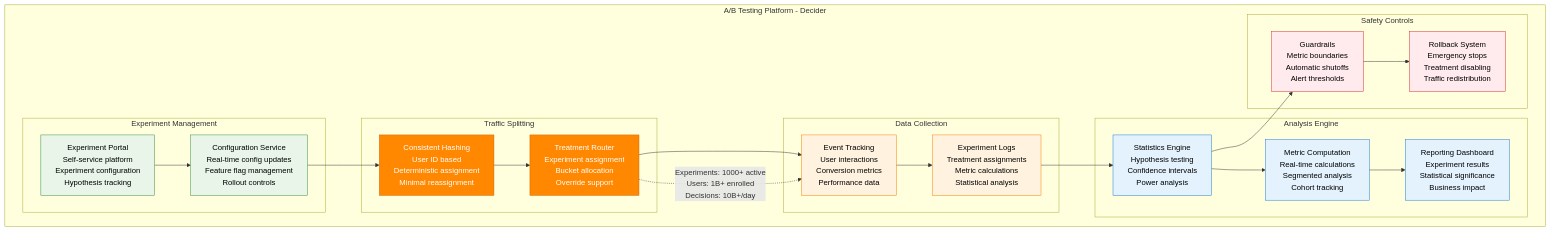
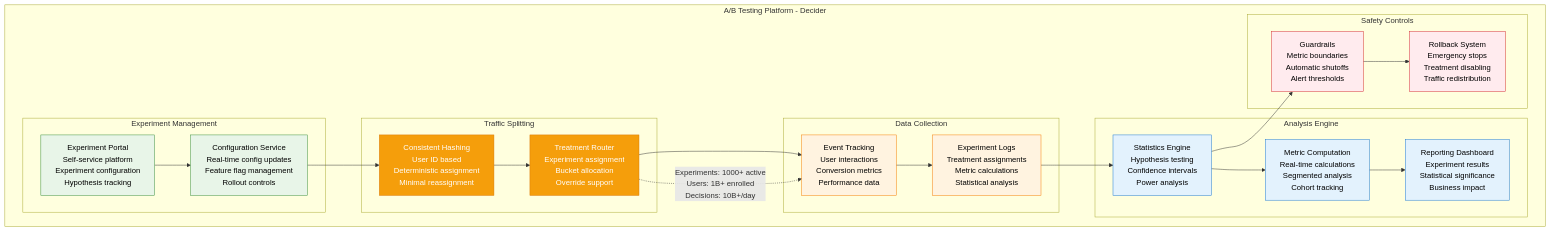
Before and after one commit to deepaucksharma/DS: the third of 7 diagrams in site/docs/systems/linkedin/production-operations.md, drawn with Mermaid. The commit also changed other lines of this file and 303 other files, not shown here.

````diff
--- a/site/docs/systems/linkedin/production-operations.md
+++ b/site/docs/systems/linkedin/production-operations.md
@@ -134,59 +134,59 @@
 ```mermaid
 graph TB
     subgraph ABTestingPlatform[A/B Testing Platform - Decider]
         subgraph ExperimentManagement[Experiment Management]
             EXP_PORTAL[Experiment Portal<br/>Self-service platform<br/>Experiment configuration<br/>Hypothesis tracking]
             EXP_CONFIG[Configuration Service<br/>Real-time config updates<br/>Feature flag management<br/>Rollout controls]
         end
 
         subgraph TrafficSplitting[Traffic Splitting]
             HASH_RING[Consistent Hashing<br/>User ID based<br/>Deterministic assignment<br/>Minimal reassignment]
             TREATMENT_ROUTER[Treatment Router<br/>Experiment assignment<br/>Bucket allocation<br/>Override support]
         end
 
         subgraph DataCollection[Data Collection]
             EVENT_TRACKING[Event Tracking<br/>User interactions<br/>Conversion metrics<br/>Performance data]
             EXPERIMENT_LOGS[Experiment Logs<br/>Treatment assignments<br/>Metric calculations<br/>Statistical analysis]
         end
 
         subgraph AnalysisEngine[Analysis Engine]
             STATS_ENGINE[Statistics Engine<br/>Hypothesis testing<br/>Confidence intervals<br/>Power analysis]
             METRIC_COMPUTATION[Metric Computation<br/>Real-time calculations<br/>Segmented analysis<br/>Cohort tracking]
             REPORTING[Reporting Dashboard<br/>Experiment results<br/>Statistical significance<br/>Business impact]
         end
 
         subgraph SafetyControls[Safety Controls]
             GUARDRAILS[Guardrails<br/>Metric boundaries<br/>Automatic shutoffs<br/>Alert thresholds]
             ROLLBACK[Rollback System<br/>Emergency stops<br/>Treatment disabling<br/>Traffic redistribution]
         end
     end
 
     EXP_PORTAL --> EXP_CONFIG
     EXP_CONFIG --> HASH_RING
     HASH_RING --> TREATMENT_ROUTER
 
     TREATMENT_ROUTER --> EVENT_TRACKING
     EVENT_TRACKING --> EXPERIMENT_LOGS
 
     EXPERIMENT_LOGS --> STATS_ENGINE
     STATS_ENGINE --> METRIC_COMPUTATION
     METRIC_COMPUTATION --> REPORTING
 
     STATS_ENGINE --> GUARDRAILS
     GUARDRAILS --> ROLLBACK
 
     %% A/B testing scale
     TREATMENT_ROUTER -.->|"Experiments: 1000+ active<br/>Users: 1B+ enrolled<br/>Decisions: 10B+/day"| EVENT_TRACKING
 
     classDef managementStyle fill:#E8F5E8,stroke:#388E3C,color:#000
-    classDef splittingStyle fill:#FF8800,stroke:#CC6600,color:#fff
+    classDef splittingStyle fill:#F59E0B,stroke:#D97706,color:#fff
     classDef collectionStyle fill:#FFF3E0,stroke:#F57C00,color:#000
     classDef analysisStyle fill:#E3F2FD,stroke:#1976D2,color:#000
     classDef safetyStyle fill:#FFEBEE,stroke:#D32F2F,color:#000
 
     class EXP_PORTAL,EXP_CONFIG managementStyle
     class HASH_RING,TREATMENT_ROUTER splittingStyle
     class EVENT_TRACKING,EXPERIMENT_LOGS collectionStyle
     class STATS_ENGINE,METRIC_COMPUTATION,REPORTING analysisStyle
     class GUARDRAILS,ROLLBACK safetyStyle
 ```
````
